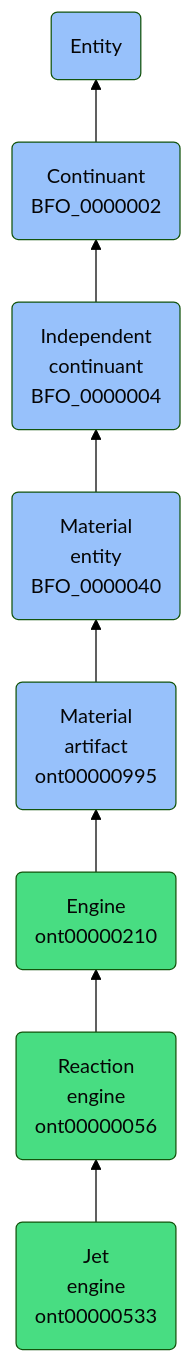
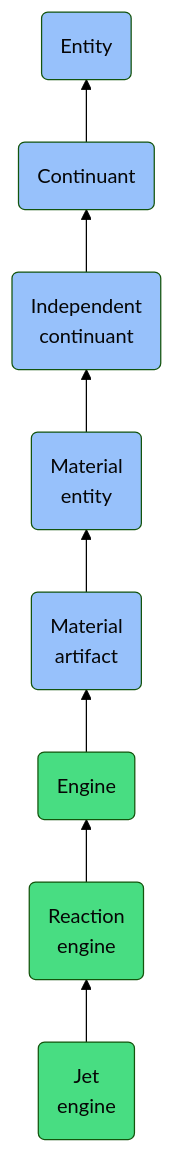
The diagram in docs/ontology/reference/model/Entity/Continuant/Independent continuant/Material entity/Material artifact/Engine/Reaction engine/Jet engine/Jet engine.md (jupyter-naas/abi), drawn with Mermaid (forest theme) before and after one commit. The commit also changed other lines of this file and 1430 other files, not shown here.

````diff
--- a/docs/ontology/reference/model/Entity/Continuant/Independent continuant/Material entity/Material artifact/Engine/Reaction engine/Jet engine/Jet engine.md
+++ b/docs/ontology/reference/model/Entity/Continuant/Independent continuant/Material entity/Material artifact/Engine/Reaction engine/Jet engine/Jet engine.md
@@ -24,15 +24,15 @@
 ```mermaid
 graph BT
-    ont00000533(Jet<br>engine<br>ont00000533):::ABI-->ont00000056
-    ont00000056(Reaction<br>engine<br>ont00000056):::ABI-->ont00000210
-    ont00000210(Engine<br>ont00000210):::ABI-->ont00000995
-    ont00000995(Material<br>artifact<br>ont00000995):::BFO-->BFO_0000040
-    BFO_0000040(Material<br>entity<br>BFO_0000040):::BFO-->BFO_0000004
-    BFO_0000004(Independent<br>continuant<br>BFO_0000004):::BFO-->BFO_0000002
-    BFO_0000002(Continuant<br>BFO_0000002):::BFO-->BFO_0000001
+    ont00000533(Jet<br>engine):::ABI-->ont00000056
+    ont00000056(Reaction<br>engine):::ABI-->ont00000210
+    ont00000210(Engine):::ABI-->ont00000995
+    ont00000995(Material<br>artifact):::BFO-->BFO_0000040
+    BFO_0000040(Material<br>entity):::BFO-->BFO_0000004
+    BFO_0000004(Independent<br>continuant):::BFO-->BFO_0000002
+    BFO_0000002(Continuant):::BFO-->BFO_0000001
     BFO_0000001(Entity):::BFO
     
     classDef BFO fill:#97c1fb,color:#060606
     classDef CCO fill:#e4c51e,color:#060606
     classDef ABI fill:#48DD82,color:#060606
 ```
````
